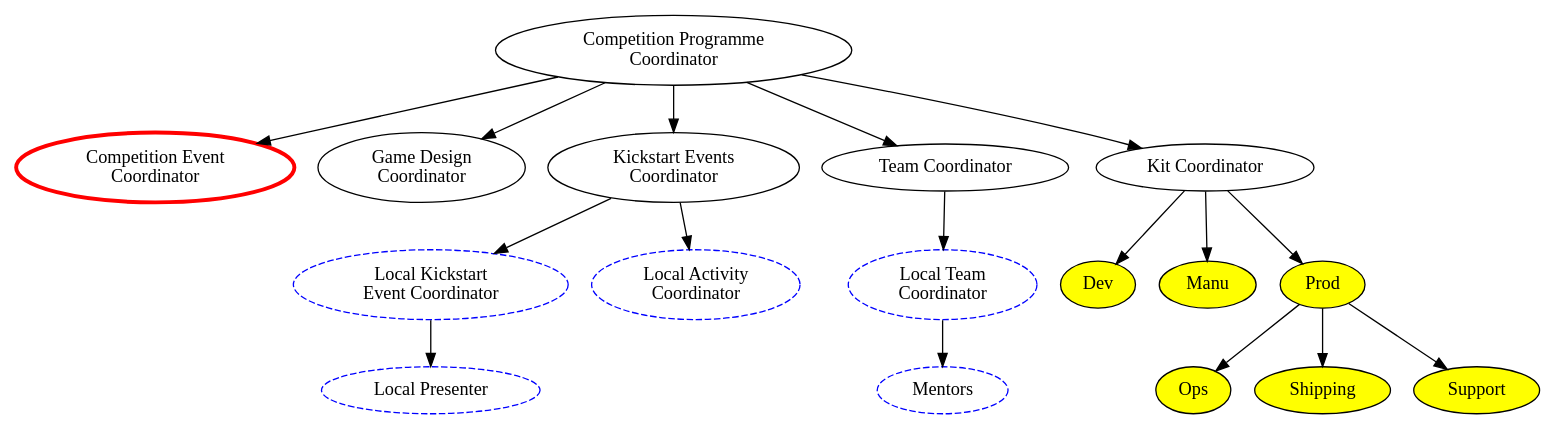
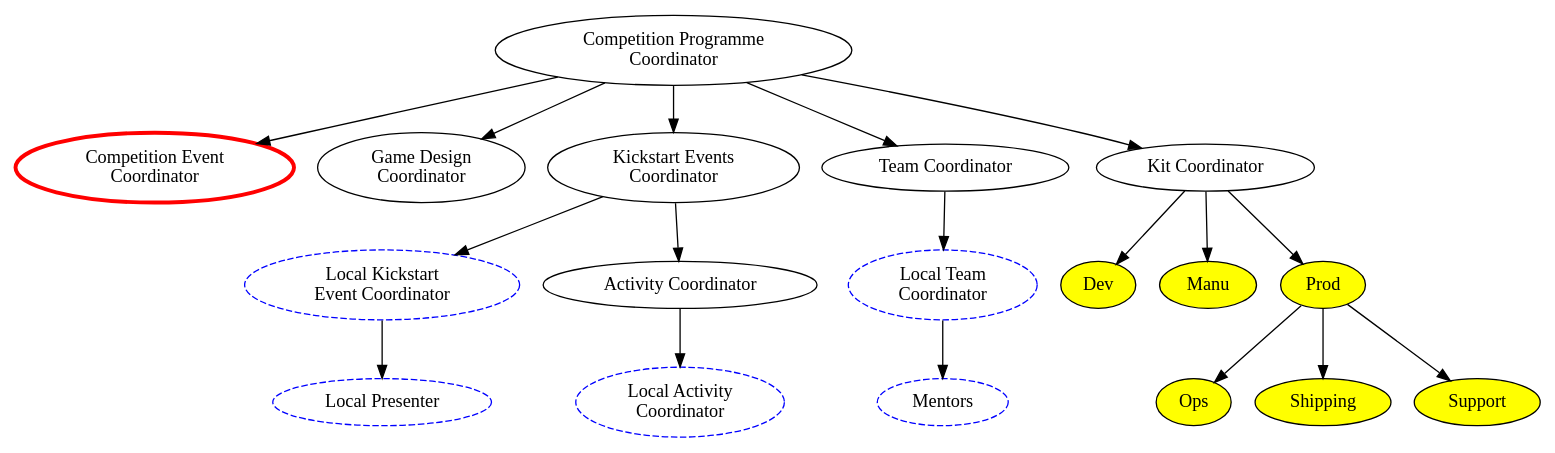
One commit to Adimote/legacy-ops-manual changed the diagram in org-chart/comp-prog.dot. Above: the diagram before and after it, drawn with Graphviz.

Commit message:
Add an activity coordinator role
We want to make sure that the kickstart event coordinator can have a
subordinate manage the local activity coordinators.

```diff
--- a/org-chart/comp-prog.dot
+++ b/org-chart/comp-prog.dot
@@ -1,48 +1,50 @@
 digraph {
 	####### Node declarations
 	comp_prog_coord [label="Competition Programme\nCoordinator" email="competition-program@studentrobotics.org"];
 	
 	# Competition Coordinator Subordinates
 	comp_event_coord [label="Competition Event\nCoordinator" color=red penwidth=3 rolesexclude=true]; // Email and tel defined in comp-event.dot
 	game_design_coord [label="Game Design\nCoordinator" email="game-design@studentrobotics.org"];
 	kickstart_event_coord [label="Kickstart Events\nCoordinator" email="kickstart@studentrobotics.org"];
 	team_coord [label="Team Coordinator" email="teams@studentrobotics.org"];
 	kit [label="Kit Coordinator" email="kit@studentrobotics.org"];
 	
 	### Fourth Level
 	
 	# Kickstart Event Coordinator Subordinates
 	local_ks_event_coord[label="Local Kickstart\nEvent Coordinator" color=blue style=dashed contactsexclude=true];
+	activity_coord[label="Activity Coordinator" email="activity@studentrobotics.org"]
+
 	local_activity_coord[label="Local Activity\nCoordinator" color=blue style=dashed contactsexclude=true];
-	
 	local_team_coord[label="Local Team\nCoordinator" color=blue style=dashed contactsexclude=true];
 
 	# Kit Coordinator Subordinates
 	kit_dev[label="Dev" fillcolor=yellow style=filled contactsexclude=true];
 	kit_manu[label="Manu" fillcolor=yellow style=filled contactsexclude=true];
 	kit_prod[label="Prod" fillcolor=yellow style=filled contactsexclude=true];
 	
 	### Fifth Level
 	local_presenter[label="Local Presenter" color=blue style=dashed contactsexclude=true];
 	
 	mentors[label="Mentors" color=blue style=dashed contactsexclude=true];
 	
 	# Kit Prod Subordinates
 	kit_ops[label="Ops" fillcolor=yellow style=filled contactsexclude=true];
 	kit_shipping[label="Shipping" fillcolor=yellow style=filled contactsexclude=true];
 	kit_support[label="Support" fillcolor=yellow style=filled contactsexclude=true];
 	
 	###### Connections between nodes
 	
 	comp_prog_coord -> { comp_event_coord game_design_coord kickstart_event_coord team_coord kit };
 	
-	kickstart_event_coord -> { local_ks_event_coord local_activity_coord };
+	kickstart_event_coord -> { local_ks_event_coord activity_coord };
 		
+	activity_coord -> local_activity_coord;
 	local_ks_event_coord -> { local_presenter };
 		
 	team_coord -> local_team_coord;
 	local_team_coord -> mentors;
 		
 	kit -> { kit_dev kit_manu kit_prod };
 	kit_prod -> { kit_ops kit_shipping kit_support };
 }
```
